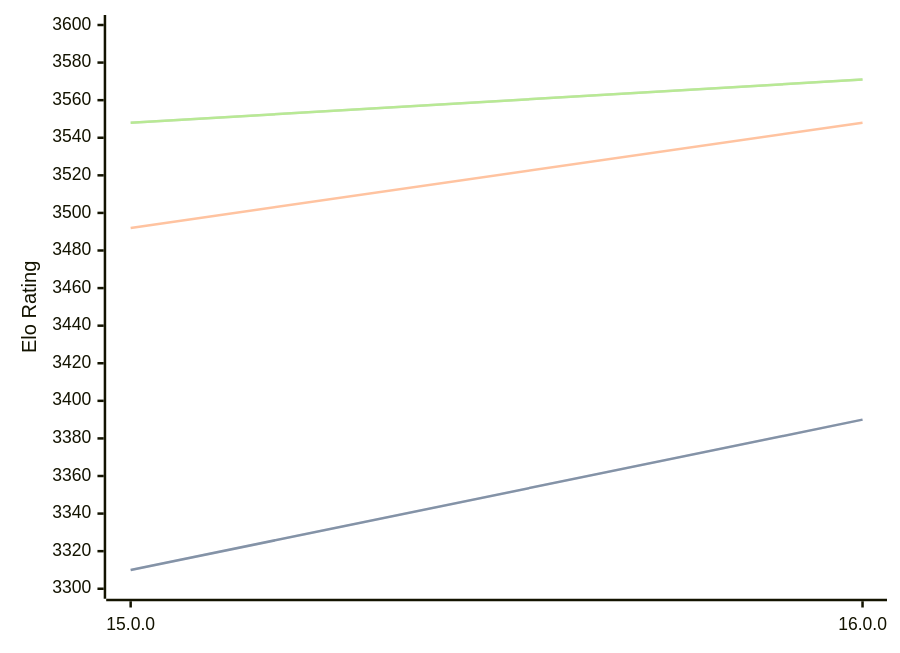
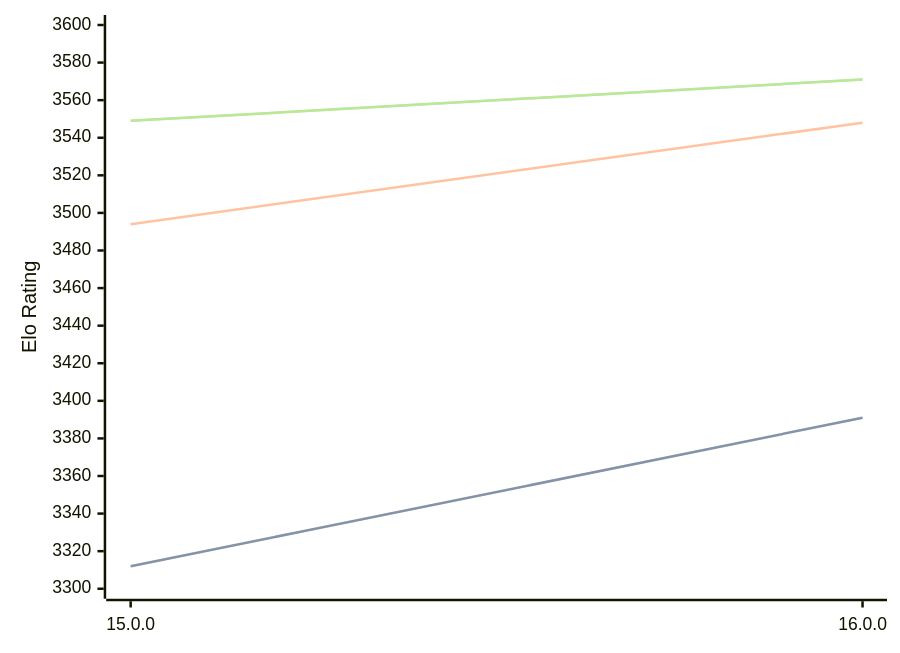
Before and after one commit to computer-chess-index/cci: the diagram in engines/Halogen.md, drawn with Mermaid. The commit also changed other lines of this file, not shown here.

Commit message:
Update CCI Ratings (ELO VLTC) - 2026-03-28

````diff
--- a/engines/Halogen.md
+++ b/engines/Halogen.md
@@ -50,11 +50,11 @@
 ```mermaid
 %%{init: {"theme":"base","themeVariables":{"seriesColors:['#a3a3a3','#222221','#faa371']}}}%%
 xychart-beta
   x-axis ["15.0.0", "16.0.0"]
   y-axis "Elo Rating" 3300 --> 3600
-  line "STC (8.0+0.08s)" [3310, 3390]
-  line "STC (8.0+0.08s)" [3310, 3390]
-  line "LTC (60.0+0.60s)" [3492, 3548]
-  line "VLTC (2m24s+1.12s)" [3548, 3571]
-  line "VLTC (2m24s+1.12s)" [3548, 3571]
+  line "STC (8.0+0.08s)" [3312, 3391]
+  line "STC (8.0+0.08s)" [3312, 3391]
+  line "LTC (60.0+0.60s)" [3494, 3548]
+  line "VLTC (2m24s+1.12s)" [3549, 3571]
+  line "VLTC (2m24s+1.12s)" [3549, 3571]
 ```
````
